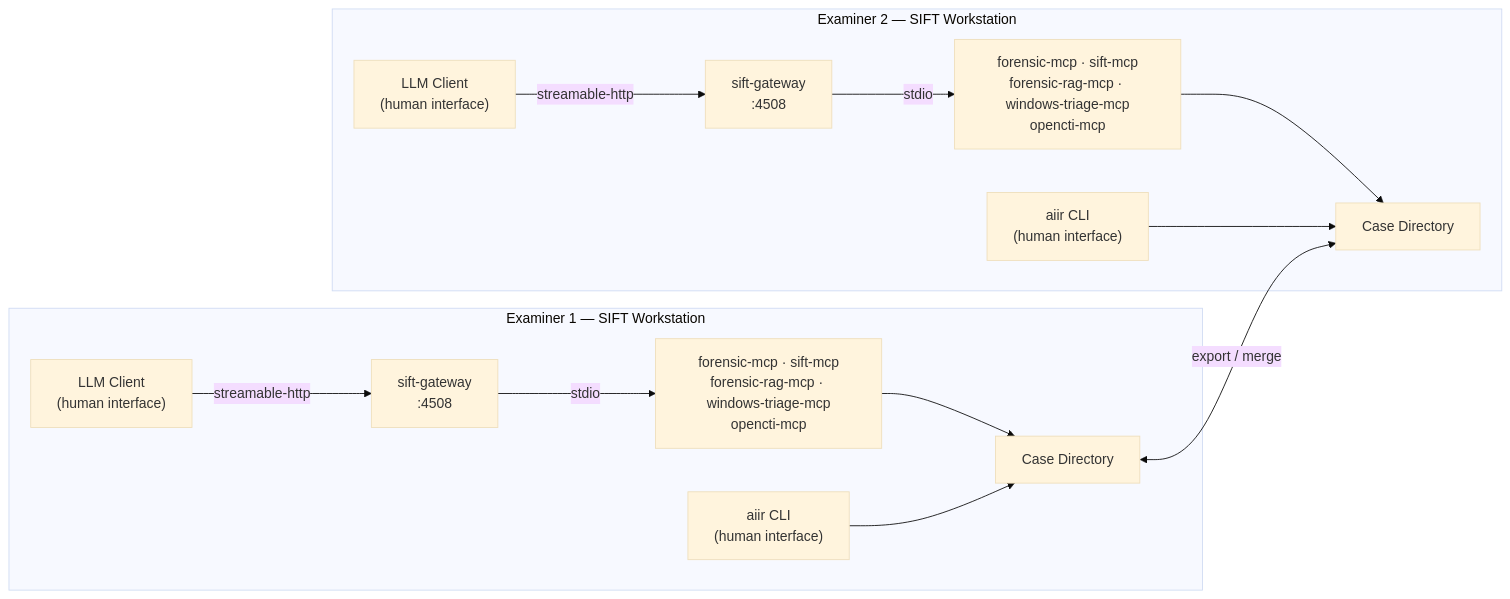
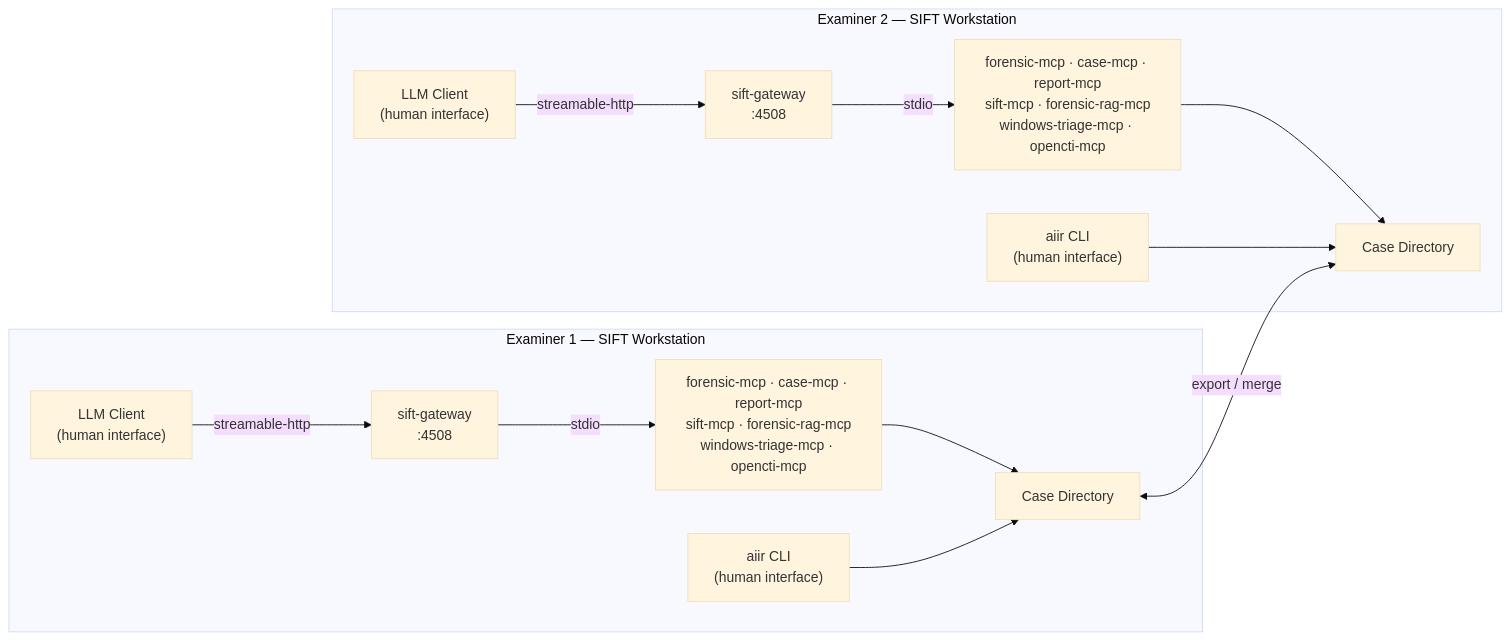
One commit to AppliedIR/aiir changed the sixth of 6 diagrams in README.md. Above: the diagram before and after it, drawn with Mermaid (base theme). The commit also changed other lines of this file, not shown here.

Commit message:
Update README: add case-mcp and report-mcp to diagrams and component tables

````diff
--- a/README.md
+++ b/README.md
@@ -236,30 +264,30 @@
 ```mermaid
 graph LR
     subgraph e1 ["Examiner 1 — SIFT Workstation"]
         CC1["LLM Client<br/>(human interface)"]
         CLI1["aiir CLI<br/>(human interface)"]
         GW1["sift-gateway<br/>:4508"]
-        MCPs1["forensic-mcp · sift-mcp<br/>forensic-rag-mcp · windows-triage-mcp<br/>opencti-mcp"]
+        MCPs1["forensic-mcp · case-mcp · report-mcp<br/>sift-mcp · forensic-rag-mcp<br/>windows-triage-mcp · opencti-mcp"]
         CASE1["Case Directory"]
 
         CC1 -->|"streamable-http"| GW1
         GW1 -->|stdio| MCPs1
         MCPs1 --> CASE1
         CLI1 --> CASE1
     end
 
     subgraph e2 ["Examiner 2 — SIFT Workstation"]
         CC2["LLM Client<br/>(human interface)"]
         CLI2["aiir CLI<br/>(human interface)"]
         GW2["sift-gateway<br/>:4508"]
-        MCPs2["forensic-mcp · sift-mcp<br/>forensic-rag-mcp · windows-triage-mcp<br/>opencti-mcp"]
+        MCPs2["forensic-mcp · case-mcp · report-mcp<br/>sift-mcp · forensic-rag-mcp<br/>windows-triage-mcp · opencti-mcp"]
         CASE2["Case Directory"]
 
         CC2 -->|"streamable-http"| GW2
         GW2 -->|stdio| MCPs2
         MCPs2 --> CASE2
         CLI2 --> CASE2
     end
 
     CASE1 <-->|"export / merge"| CASE2
 ```
````
